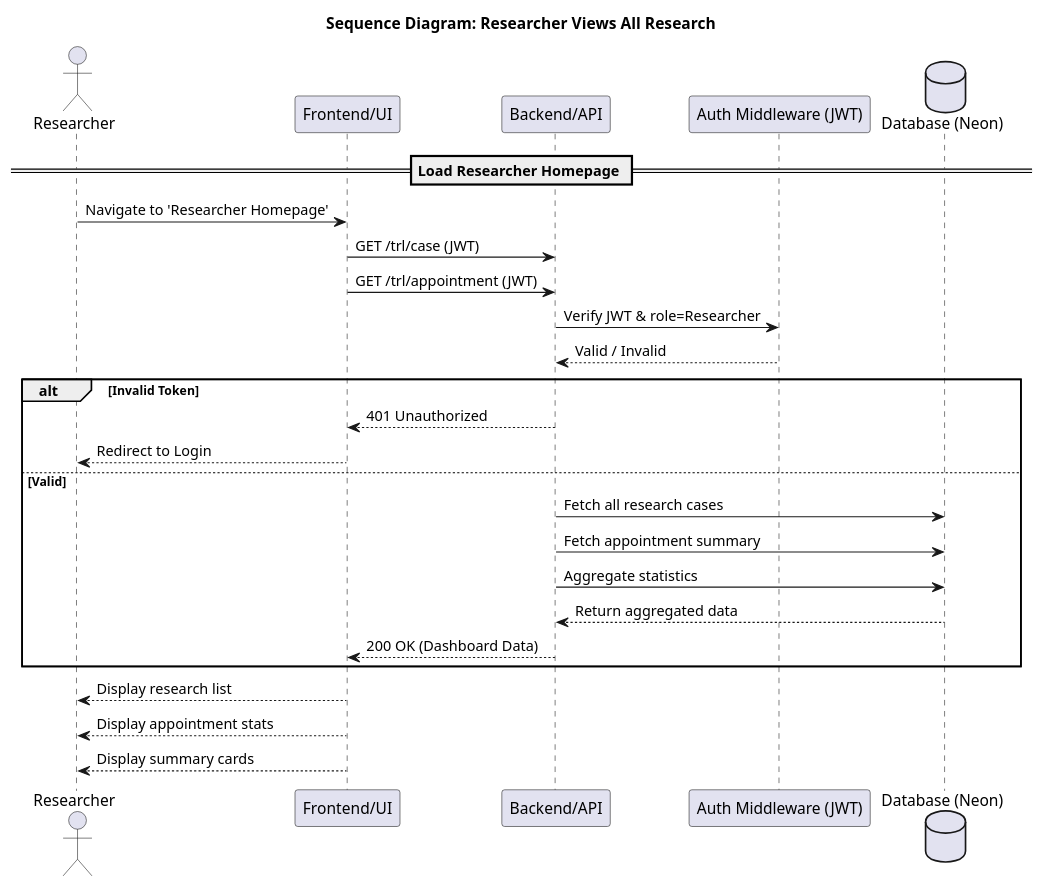
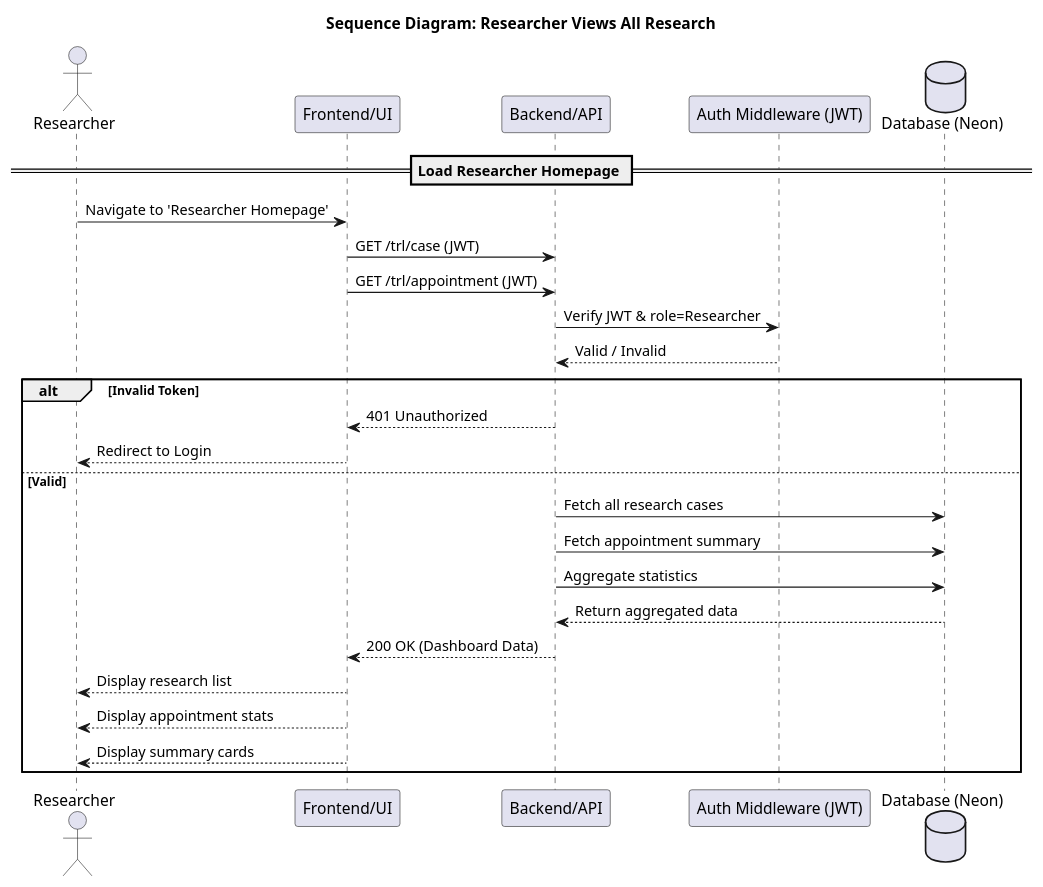
Before and after one commit to punyanuch-h/trl-research-frontend: the diagram in sequence diagram/researcher/researcher_view_all_research.puml, drawn with PlantUML. The commit also changed 14 other files, not shown here.

```diff
--- a/sequence diagram/researcher/researcher_view_all_research.puml
+++ b/sequence diagram/researcher/researcher_view_all_research.puml
@@ -1,34 +1,33 @@
 @startuml
 title Sequence Diagram: Researcher Views All Research
 
 actor Researcher
 participant "Frontend/UI" as UI
 participant "Backend/API" as API
 participant "Auth Middleware (JWT)" as AUTH
 database "Database (Neon)" as DB
 
 == Load Researcher Homepage ==
 
 Researcher -> UI: Navigate to 'Researcher Homepage'
 UI -> API: GET /trl/case (JWT)
 UI -> API: GET /trl/appointment (JWT)
 
 API -> AUTH: Verify JWT & role=Researcher
 AUTH --> API: Valid / Invalid
 
 alt Invalid Token
     API --> UI: 401 Unauthorized
     UI --> Researcher: Redirect to Login
 else Valid
     API -> DB: Fetch all research cases
     API -> DB: Fetch appointment summary
     API -> DB: Aggregate statistics
     DB --> API: Return aggregated data
     API --> UI: 200 OK (Dashboard Data)
+    UI --> Researcher: Display research list
+    UI --> Researcher: Display appointment stats
+    UI --> Researcher: Display summary cards
 end
 
-UI --> Researcher: Display research list
-UI --> Researcher: Display appointment stats
-UI --> Researcher: Display summary cards
-
 @enduml
```
